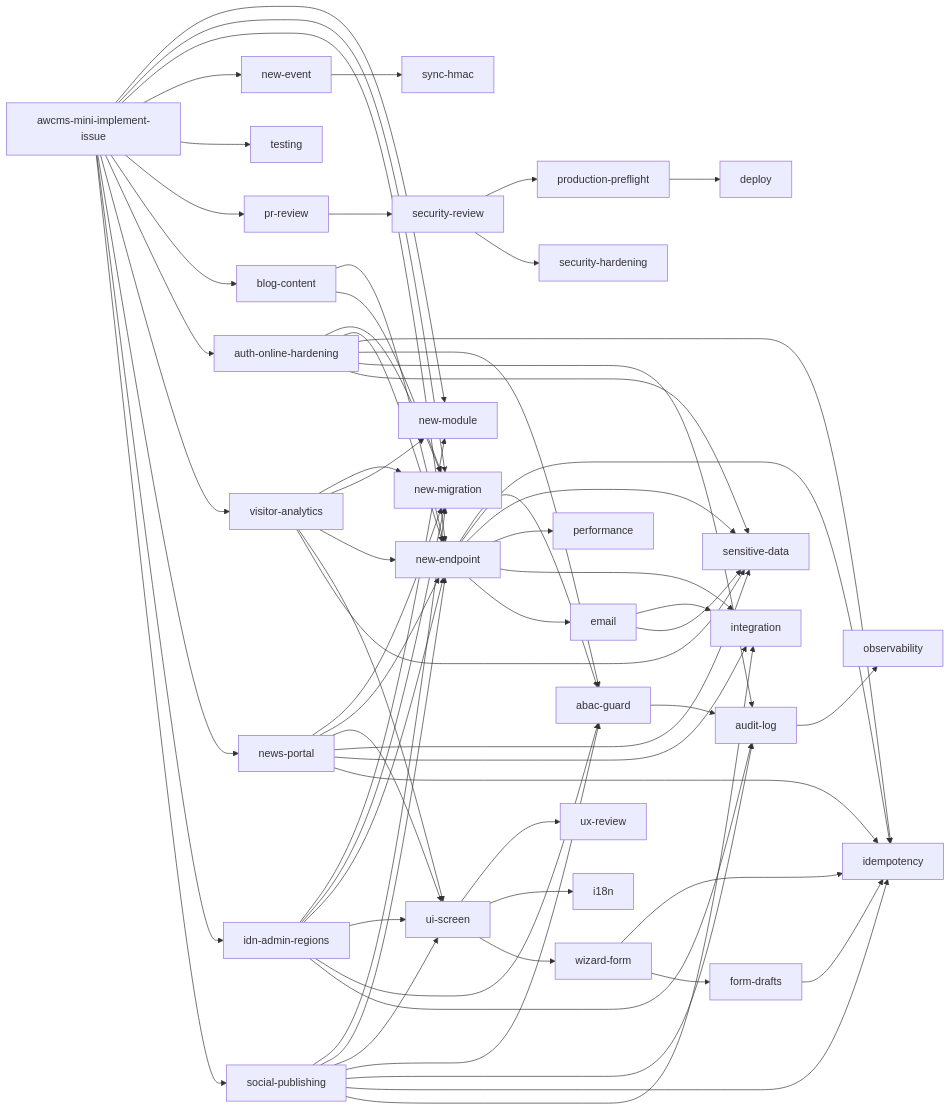
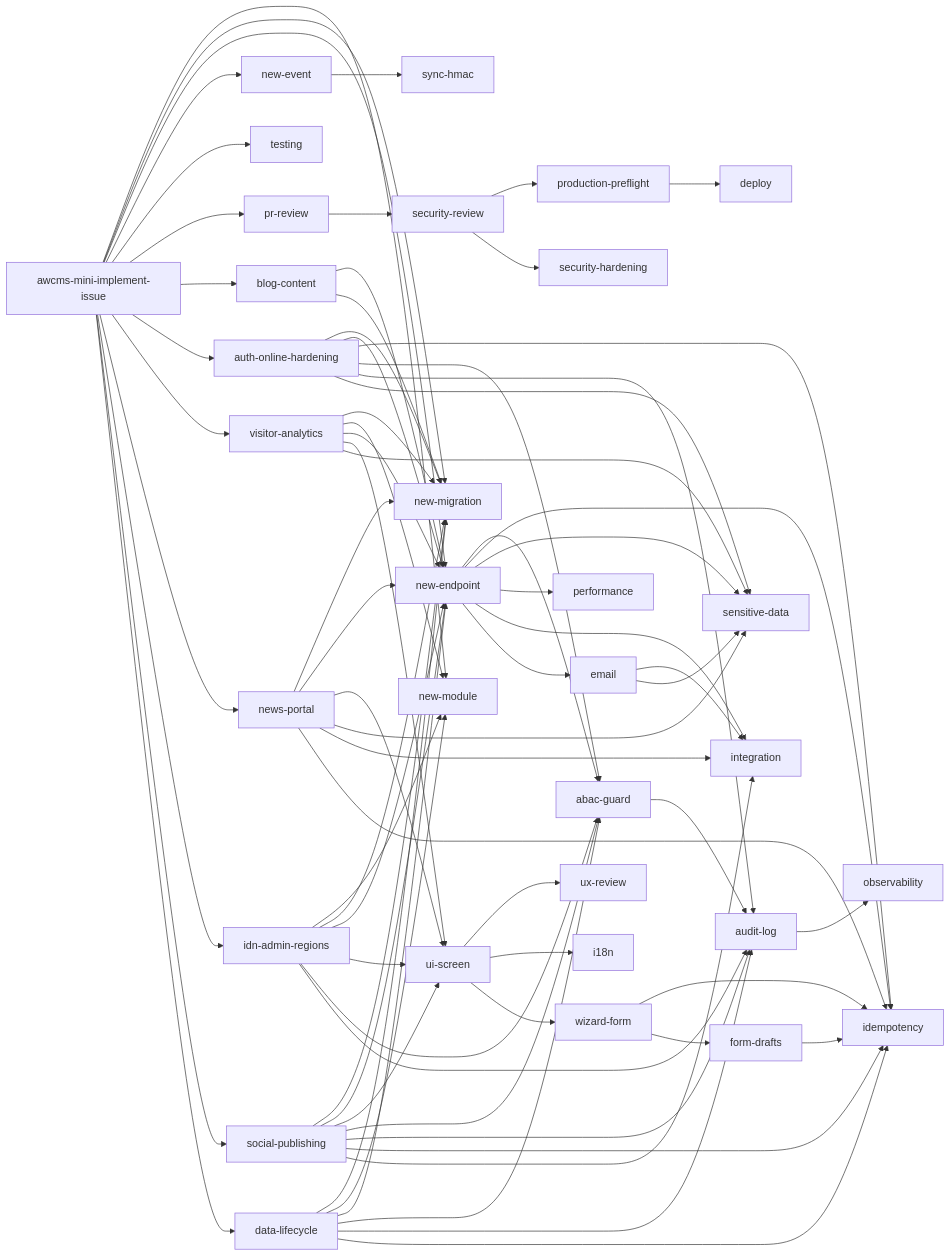
One commit to ahliweb/awcms-mini changed the third of 5 diagrams in AGENTS.md. Above: the diagram before and after it, drawn with Mermaid. The commit also changed other lines of this file and 74 other files, not shown here.

First line of the commit message:
feat(data-lifecycle): add retention, partitioning, archival, legal-hold, and safe purge foundations (#773)

````diff
--- a/AGENTS.md
+++ b/AGENTS.md
@@ -146,66 +147,73 @@
 ```mermaid
 flowchart LR
   II[awcms-mini-implement-issue] --> NM[new-module]
   II --> MIG[new-migration]
   II --> EP[new-endpoint]
   II --> EV[new-event]
   II --> TST[testing]
   EP --> ABAC[abac-guard]
   EP --> IDEM[idempotency]
   ABAC --> AUD[audit-log]
   AUD --> OBS[observability]
   EP --> SD[sensitive-data]
   EV --> SYNC[sync-hmac]
   II --> PR[pr-review] --> SEC[security-review] --> PF[production-preflight]
   PF --> DEP[deploy]
   UI2[ui-screen] --> UXR[ux-review]
   UI2 --> I18N[i18n]
   UI2 --> WIZ[wizard-form]
   WIZ --> IDEM
   WIZ --> DRAFT[form-drafts]
   DRAFT --> IDEM
   EP --> PERF[performance]
   EP --> INT[integration]
   SEC --> HARD[security-hardening]
   EP --> EMAIL[email]
   EMAIL --> INT
   EMAIL --> SD
   II --> BLOG[blog-content]
   BLOG --> EP
   BLOG --> MIG
   II --> AOH[auth-online-hardening]
   AOH --> MIG
   AOH --> EP
   AOH --> IDEM
   AOH --> ABAC
   AOH --> AUD
   AOH --> SD
   II --> VA[visitor-analytics]
   VA --> MIG
   VA --> NM
   VA --> EP
   VA --> UI2
   VA --> SD
   II --> NP[news-portal]
   NP --> MIG
   NP --> EP
   NP --> UI2
   NP --> SD
   NP --> INT
   NP --> IDEM
   II --> IDN[idn-admin-regions]
   IDN --> NM
   IDN --> MIG
   IDN --> EP
   IDN --> UI2
   IDN --> ABAC
   IDN --> AUD
   II --> SP[social-publishing]
   SP --> MIG
   SP --> EP
   SP --> UI2
   SP --> ABAC
   SP --> AUD
   SP --> IDEM
   SP --> INT
+  II --> DL[data-lifecycle]
+  DL --> MIG
+  DL --> NM
+  DL --> EP
+  DL --> ABAC
+  DL --> AUD
+  DL --> IDEM
 ```
````
